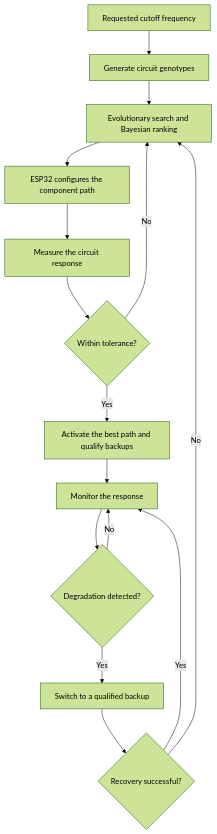
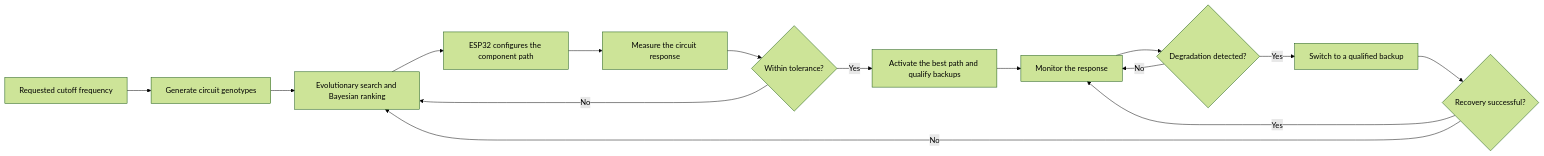
Before and after one commit to Saikarthik-Ramakrishnan/darwin-board: the diagram in README.md, drawn with Mermaid (forest theme).

Commit message:
Use horizontal architecture flow

````diff
--- a/README.md
+++ b/README.md
@@ -14,17 +14,17 @@
 ```mermaid
-flowchart TD
+flowchart LR
     A[Requested cutoff frequency] --> B[Generate circuit genotypes]
     B --> C[Evolutionary search and Bayesian ranking]
     C --> D[ESP32 configures the component path]
     D --> E[Measure the circuit response]
     E --> F{Within tolerance?}
     F -->|No| C
     F -->|Yes| G[Activate the best path and qualify backups]
     G --> H[Monitor the response]
     H --> I{Degradation detected?}
     I -->|No| H
     I -->|Yes| J[Switch to a qualified backup]
     J --> K{Recovery successful?}
     K -->|Yes| H
     K -->|No| C
 ```
````
